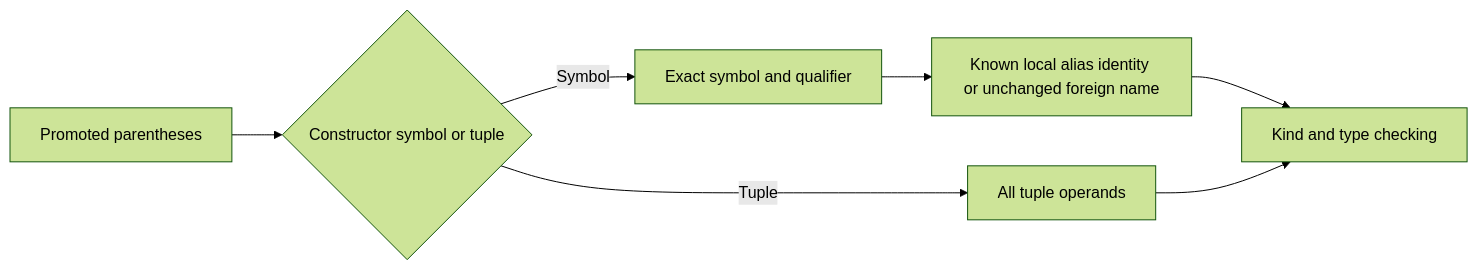
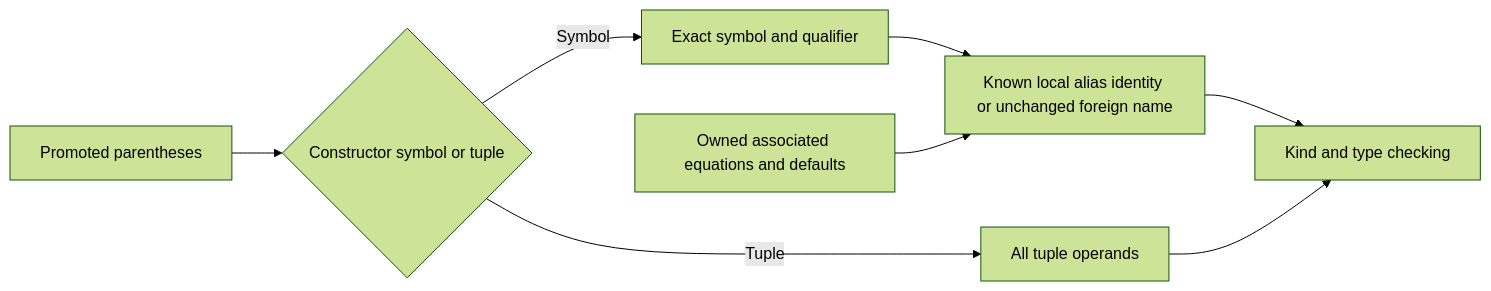
One commit to loveJesus/haskelujah-chirho changed the third of 4 diagrams in spec-chirho/workflows-chirho/language-features-chirho/flat-type-syntax-chirho.md. Above: the diagram before and after it, drawn with Mermaid (forest theme). The commit also changed other lines of this file and 15 other files, not shown here.

First line of the commit message:
compat: share proven promoted identity with associated equations Chirho

````diff
--- a/spec-chirho/workflows-chirho/language-features-chirho/flat-type-syntax-chirho.md
+++ b/spec-chirho/workflows-chirho/language-features-chirho/flat-type-syntax-chirho.md
@@ -88,9 +92,10 @@
 ```mermaid
 flowchart LR
     ParenthesesChirho[Promoted parentheses] --> SyntaxChirho{Constructor symbol or tuple}
     SyntaxChirho -->|Symbol| NameChirho[Exact symbol and qualifier]
     SyntaxChirho -->|Tuple| TupleChirho[All tuple operands]
     NameChirho --> RegistryChirho[Known local alias identity or unchanged foreign name]
+    AssociatedChirho[Owned associated equations and defaults] --> RegistryChirho
     RegistryChirho --> CheckChirho[Kind and type checking]
     TupleChirho --> CheckChirho
 ```
````
